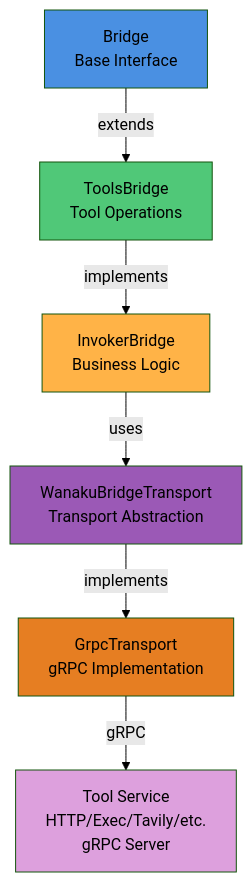
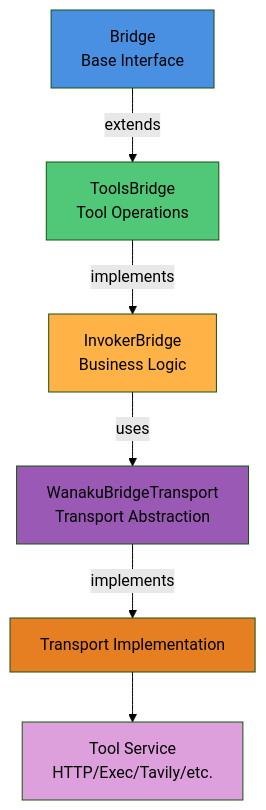
The third of 5 diagrams in docs/wanaku-router-internals.md (orpiske/wanaku-barn), drawn with Mermaid (forest theme) before and after one commit. The commit also changed other lines of this file and 84 other files, not shown here.

First line of the commit message:
chore: remove gRPC bridge transport layer

````diff
--- a/docs/wanaku-router-internals.md
+++ b/docs/wanaku-router-internals.md
@@ -182,22 +181,22 @@
 ```mermaid
 graph TB
     Bridge[Bridge<br/>Base Interface]
     ToolsBridge[ToolsBridge<br/>Tool Operations]
     InvokerBridge[InvokerBridge<br/>Business Logic]
     Transport[WanakuBridgeTransport<br/>Transport Abstraction]
-    GrpcTransport[GrpcTransport<br/>gRPC Implementation]
-    ToolProvider[Tool Service<br/>HTTP/Exec/Tavily/etc.<br/>gRPC Server]
+    TransportImpl[Transport Implementation]
+    ToolProvider[Tool Service<br/>HTTP/Exec/Tavily/etc.]
 
     Bridge -->|extends| ToolsBridge
     ToolsBridge -->|implements| InvokerBridge
     InvokerBridge -->|uses| Transport
-    Transport -->|implements| GrpcTransport
-    GrpcTransport -->|gRPC| ToolProvider
+    Transport -->|implements| TransportImpl
+    TransportImpl --> ToolProvider
 
     style Bridge fill:#4A90E2
     style ToolsBridge fill:#50C878
     style InvokerBridge fill:#FFB347
     style Transport fill:#9B59B6
-    style GrpcTransport fill:#E67E22
+    style TransportImpl fill:#E67E22
     style ToolProvider fill:#DDA0DD
 ```
````
